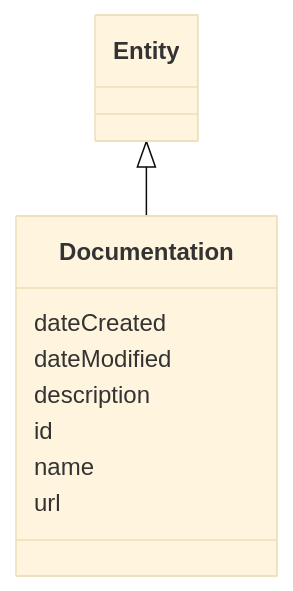
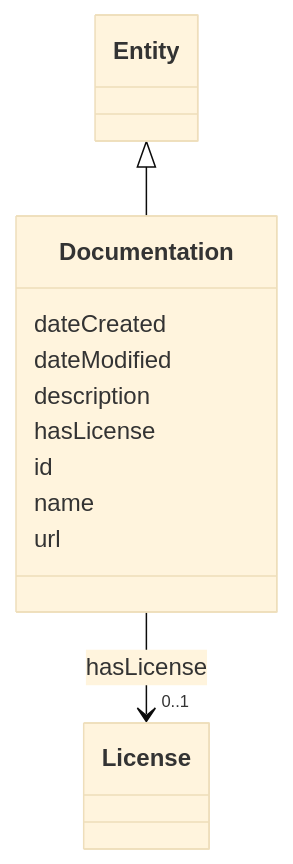
Before and after one commit to zrlfba/risk-atlas-nexus: the diagram in docs/ontology/Documentation.md, drawn with Mermaid (base theme). The commit also changed other lines of this file and 115 other files, not shown here.

````diff
--- a/docs/ontology/Documentation.md
+++ b/docs/ontology/Documentation.md
@@ -19,21 +19,30 @@
 ```mermaid
  classDiagram
     class Documentation
     click Documentation href "../Documentation"
       Entity <|-- Documentation
         click Entity href "../Entity"
       
       Documentation : dateCreated
         
       Documentation : dateModified
         
       Documentation : description
         
+      Documentation : hasLicense
+        
+          
+    
+    
+    Documentation --> "0..1" License : hasLicense
+    click License href "../License"
+
+        
       Documentation : id
         
       Documentation : name
         
       Documentation : url
         
       
 ```
````
